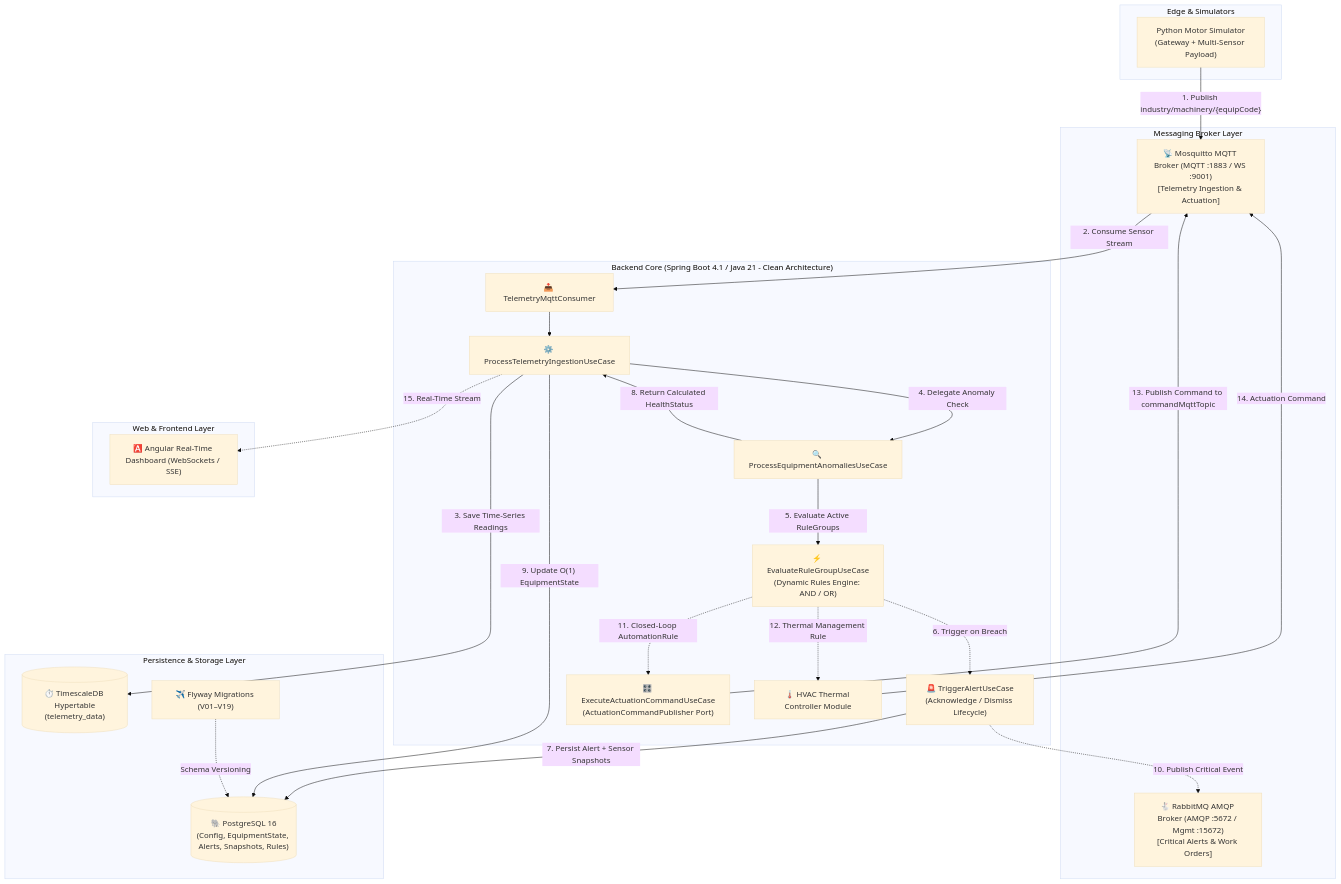
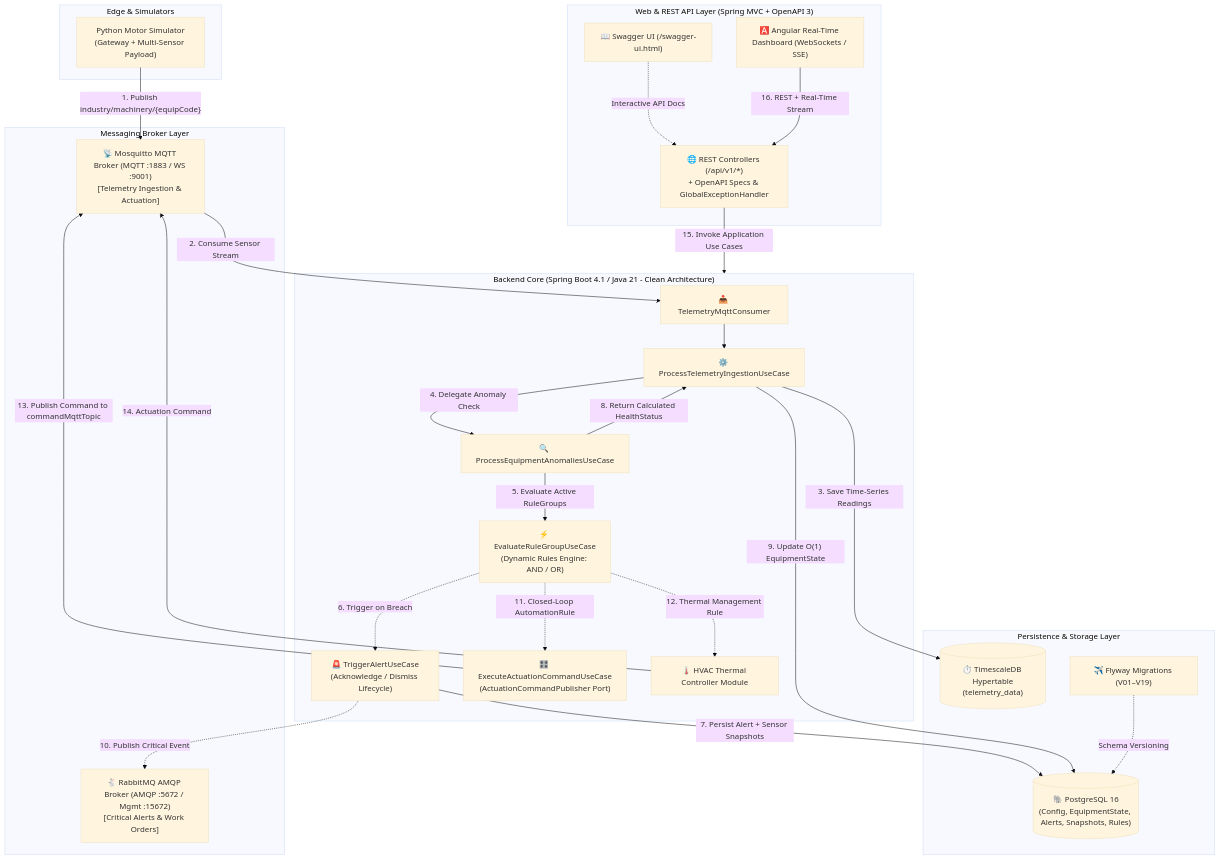
One commit to igorhgds/industrial-iot-backend changed the diagram in README.md. Above: the diagram before and after it, drawn with Mermaid (base theme). The commit also changed other lines of this file and 1 other file, not shown here.

````diff
--- a/README.md
+++ b/README.md
@@ -31,49 +31,53 @@
 ```mermaid
 flowchart TD
     subgraph edge_sim ["Edge & Simulators"]
         MS["Python Motor Simulator<br/>(Gateway + Multi-Sensor Payload)"]
     end
 
     subgraph msg_broker ["Messaging Broker Layer"]
         MQTT["📡 Mosquitto MQTT Broker (MQTT :1883 / WS :9001)<br/>[Telemetry Ingestion & Actuation]"]
         RMQ["🐇 RabbitMQ AMQP Broker (AMQP :5672 / Mgmt :15672)<br/>[Critical Alerts & Work Orders]"]
     end
 
     subgraph backend_core ["Backend Core (Spring Boot 4.1 / Java 21 - Clean Architecture)"]
         ING["📥 TelemetryMqttConsumer"]
         INGEST_UC["⚙️ ProcessTelemetryIngestionUseCase"]
         ANOMALY_UC["🔍 ProcessEquipmentAnomaliesUseCase"]
         EVAL_UC["⚡ EvaluateRuleGroupUseCase<br/>(Dynamic Rules Engine: AND / OR)"]
         ALERT_UC["🚨 TriggerAlertUseCase<br/>(Acknowledge / Dismiss Lifecycle)"]
         ACT_UC["🎛️ ExecuteActuationCommandUseCase<br/>(ActuationCommandPublisher Port)"]
         HVAC["🌡️ HVAC Thermal Controller Module"]
     end
 
     subgraph persistence ["Persistence & Storage Layer"]
         PG[("🐘 PostgreSQL 16<br/>(Config, EquipmentState, Alerts, Snapshots, Rules)")]
         TS[("⏱️ TimescaleDB Hypertable<br/>(telemetry_data)")]
         FLY["✈️ Flyway Migrations (V01–V19)"]
     end
 
-    subgraph frontend_layer ["Web & Frontend Layer"]
+    subgraph web_layer ["Web & REST API Layer (Spring MVC + OpenAPI 3)"]
+        REST["🌐 REST Controllers (/api/v1/*)<br/>+ OpenAPI Specs & GlobalExceptionHandler"]
+        SWAGGER["📖 Swagger UI (/swagger-ui.html)"]
         ANG["🅰️ Angular Real-Time Dashboard (WebSockets / SSE)"]
     end
 
     MS -->|"1. Publish industry/machinery/{equipCode}"| MQTT
     MQTT -->|"2. Consume Sensor Stream"| ING
     ING --> INGEST_UC
     INGEST_UC -->|"3. Save Time-Series Readings"| TS
     INGEST_UC -->|"4. Delegate Anomaly Check"| ANOMALY_UC
     ANOMALY_UC -->|"5. Evaluate Active RuleGroups"| EVAL_UC
     EVAL_UC -.->|"6. Trigger on Breach"| ALERT_UC
     ALERT_UC -->|"7. Persist Alert + Sensor Snapshots"| PG
     ANOMALY_UC -->|"8. Return Calculated HealthStatus"| INGEST_UC
     INGEST_UC -->|"9. Update O(1) EquipmentState"| PG
     FLY -.->|"Schema Versioning"| PG
     ALERT_UC -.->|"10. Publish Critical Event"| RMQ
     EVAL_UC -.->|"11. Closed-Loop AutomationRule"| ACT_UC
     EVAL_UC -.->|"12. Thermal Management Rule"| HVAC
     ACT_UC -->|"13. Publish Command to commandMqttTopic"| MQTT
     HVAC -->|"14. Actuation Command"| MQTT
-    INGEST_UC -.->|"15. Real-Time Stream"| ANG
+    REST -->|"15. Invoke Application Use Cases"| backend_core
+    SWAGGER -.->|"Interactive API Docs"| REST
+    ANG -->|"16. REST + Real-Time Stream"| REST
 ```
````
